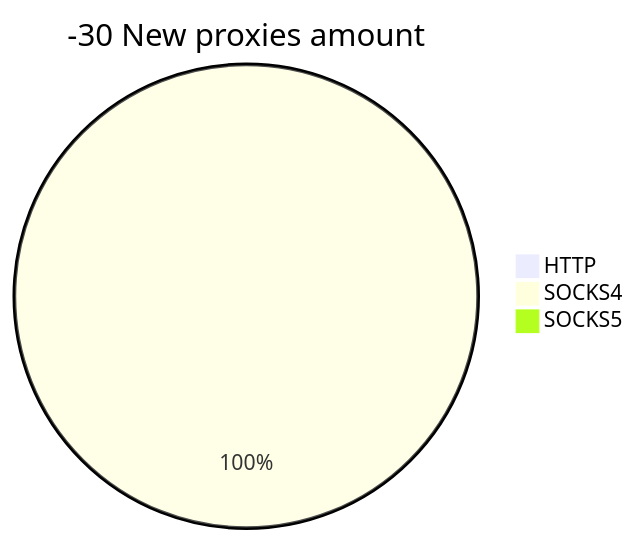
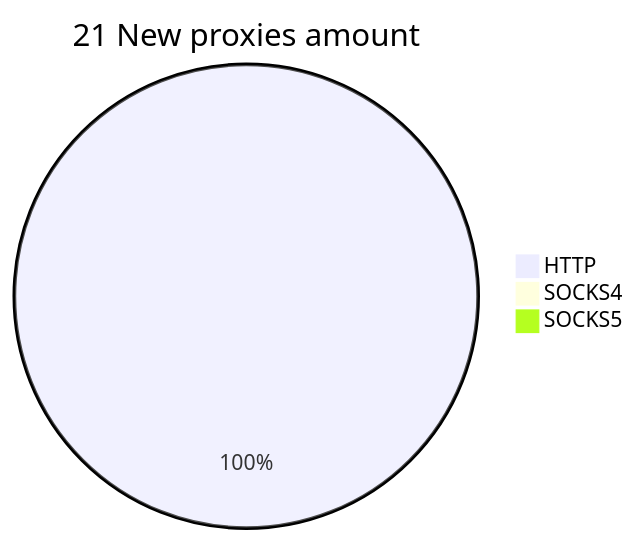
One commit to cutipu/proxylist changed the second of 2 diagrams in README.md. Above: the diagram before and after it, drawn with Mermaid. The commit also changed other lines of this file, not shown here.

````diff
--- a/README.md
+++ b/README.md
@@ -10,6 +10,6 @@
 ```mermaid
-pie title -30 New proxies amount
-    "HTTP" : 0
-    "SOCKS4" : 2
+pie title 21 New proxies amount
+    "HTTP" : 101
+    "SOCKS4" : 0
     "SOCKS5" : 0
 ```
````
